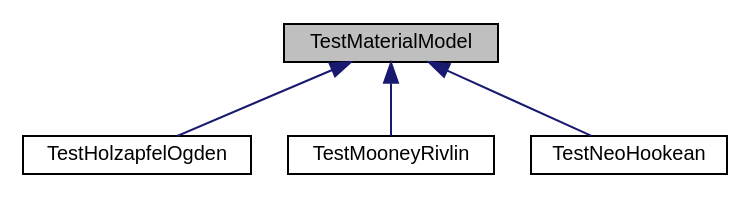
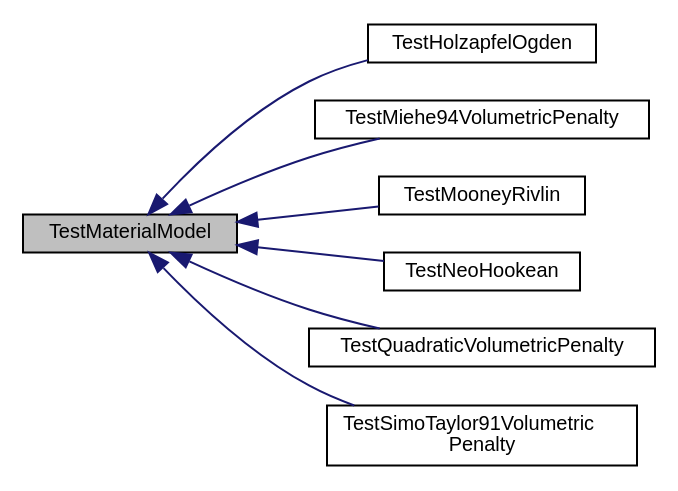
One commit to aabrown100-git/svMultiPhysics changed the diagram in class_test_material_model__inherit__graph.dot. Above: the diagram before and after it, drawn with Graphviz. The commit also changed 210 other files, not shown here.

```diff
--- a/class_test_material_model__inherit__graph.dot
+++ b/class_test_material_model__inherit__graph.dot
@@ -1,13 +1,20 @@
 digraph "TestMaterialModel"
 {
  // LATEX_PDF_SIZE
   edge [fontname="Helvetica",fontsize="10",labelfontname="Helvetica",labelfontsize="10"];
   node [fontname="Helvetica",fontsize="10",shape=record];
+  rankdir="LR";
   Node1 [label="TestMaterialModel",height=0.2,width=0.4,color="black", fillcolor="grey75", style="filled", fontcolor="black",tooltip=" "];
   Node1 -> Node2 [dir="back",color="midnightblue",fontsize="10",style="solid",fontname="Helvetica"];
-  Node2 [label="TestHolzapfelOgden",height=0.2,width=0.4,color="black", fillcolor="white", style="filled",URL="$class_test_holzapfel_ogden.html",tooltip=" "];
+  Node2 [label="TestHolzapfelOgden",height=0.2,width=0.4,color="black", fillcolor="white", style="filled",URL="$class_test_holzapfel_ogden.html",tooltip="Class for testing the Holzapfel-Ogden material model."];
   Node1 -> Node3 [dir="back",color="midnightblue",fontsize="10",style="solid",fontname="Helvetica"];
-  Node3 [label="TestMooneyRivlin",height=0.2,width=0.4,color="black", fillcolor="white", style="filled",URL="$class_test_mooney_rivlin.html",tooltip=" "];
+  Node3 [label="TestMiehe94VolumetricPenalty",height=0.2,width=0.4,color="black", fillcolor="white", style="filled",URL="$class_test_miehe94_volumetric_penalty.html",tooltip="Class for testing the Miehe94 volumetric penalty model."];
   Node1 -> Node4 [dir="back",color="midnightblue",fontsize="10",style="solid",fontname="Helvetica"];
-  Node4 [label="TestNeoHookean",height=0.2,width=0.4,color="black", fillcolor="white", style="filled",URL="$class_test_neo_hookean.html",tooltip=" "];
+  Node4 [label="TestMooneyRivlin",height=0.2,width=0.4,color="black", fillcolor="white", style="filled",URL="$class_test_mooney_rivlin.html",tooltip="Class for testing the Mooney-Rivlin material model."];
+  Node1 -> Node5 [dir="back",color="midnightblue",fontsize="10",style="solid",fontname="Helvetica"];
+  Node5 [label="TestNeoHookean",height=0.2,width=0.4,color="black", fillcolor="white", style="filled",URL="$class_test_neo_hookean.html",tooltip="Class for testing the Neo-Hookean material model."];
+  Node1 -> Node6 [dir="back",color="midnightblue",fontsize="10",style="solid",fontname="Helvetica"];
+  Node6 [label="TestQuadraticVolumetricPenalty",height=0.2,width=0.4,color="black", fillcolor="white", style="filled",URL="$class_test_quadratic_volumetric_penalty.html",tooltip="Class for testing the quadratic volumetric penalty model."];
+  Node1 -> Node7 [dir="back",color="midnightblue",fontsize="10",style="solid",fontname="Helvetica"];
+  Node7 [label="TestSimoTaylor91Volumetric\lPenalty",height=0.2,width=0.4,color="black", fillcolor="white", style="filled",URL="$class_test_simo_taylor91_volumetric_penalty.html",tooltip="Class for testing the Simo-Taylor91 volumetric penalty model."];
 }
```
